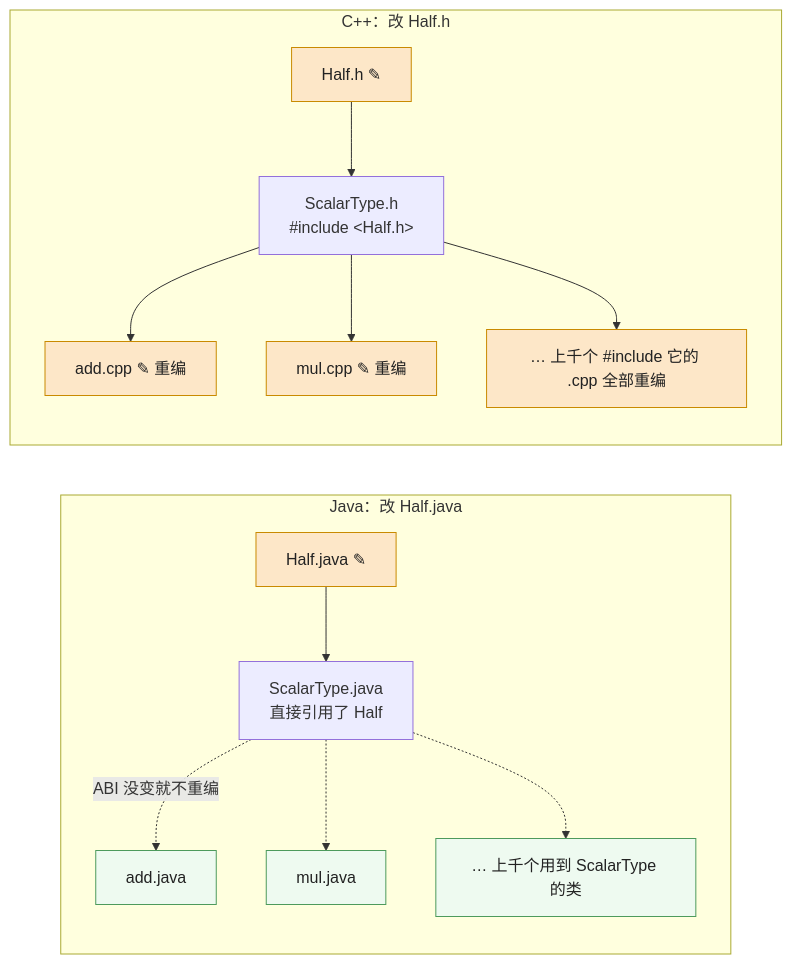
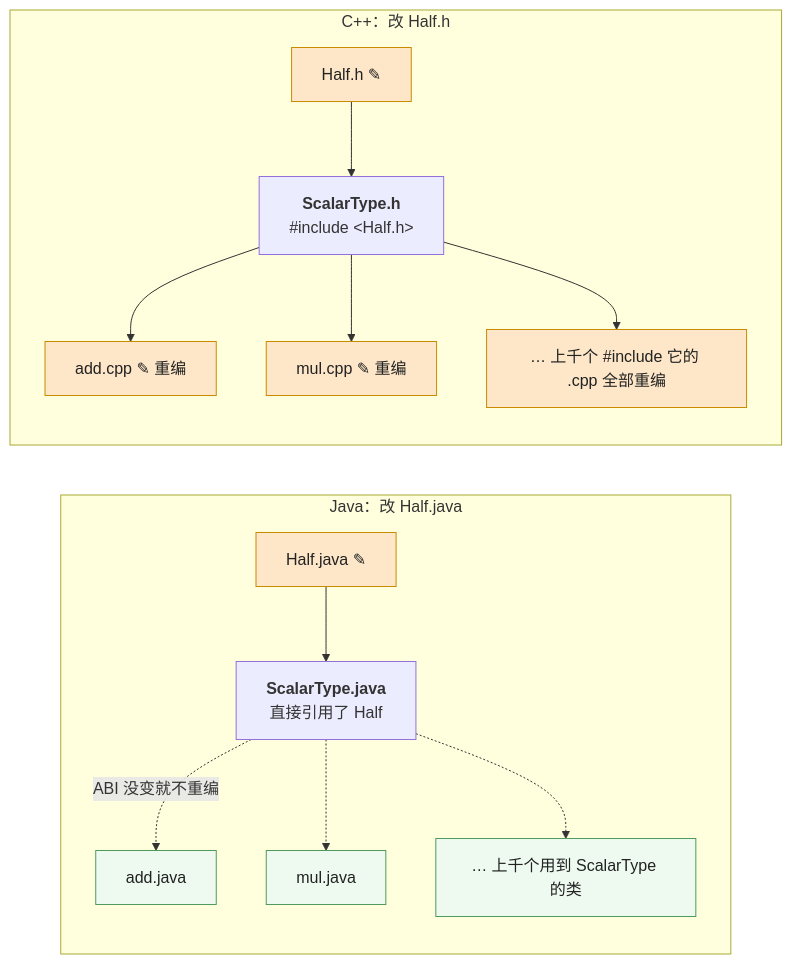
One commit to arganzheng/arganzheng.github.com changed the second of 3 diagrams in _posts/2026-02-04-cpp-compilation-model-from-cpp-to-shared-object.md. Above: the diagram before and after it, drawn with Mermaid. The commit also changed other lines of this file and 7 other files, not shown here.

First line of the commit message:
C++ 在 AI-Infra：从对象模型到算子扩展：Mermaid 多行方框的首行标为标题（8 篇）

````diff
--- a/_posts/2026-02-04-cpp-compilation-model-from-cpp-to-shared-object.md
+++ b/_posts/2026-02-04-cpp-compilation-model-from-cpp-to-shared-object.md
@@ -469,20 +469,20 @@
 ```mermaid
 %% 同一个改动在两种语言里的重编范围：Java 增量编译到直接依赖就停，C++ 所有 #include 它的翻译单元全部重编
 flowchart LR
     subgraph J["Java：改 Half.java"]
-        JH["Half.java ✎"] --> JS["ScalarType.java<br/>直接引用了 Half"]
+        JH["Half.java ✎"] --> JS["<b>ScalarType.java</b><br/>直接引用了 Half"]
         JS -.->|"ABI 没变就不重编"| JA["add.java"]
         JS -.-> JB["mul.java"]
         JS -.-> JC["… 上千个用到 ScalarType 的类"]
     end
     subgraph C["C++：改 Half.h"]
-        CH["Half.h ✎"] --> CS["ScalarType.h<br/>#include &lt;Half.h&gt;"]
+        CH["Half.h ✎"] --> CS["<b>ScalarType.h</b><br/>#include &lt;Half.h&gt;"]
         CS --> CA["add.cpp ✎ 重编"]
         CS --> CB["mul.cpp ✎ 重编"]
         CS --> CC["… 上千个 #include 它的 .cpp 全部重编"]
     end
     classDef edit fill:#fde7c8,stroke:#c98a00,color:#222
     classDef skip fill:#eefaf0,stroke:#4d9a5c,color:#222
     class JH,CH,CA,CB,CC edit
     class JA,JB,JC skip
 ```
````
